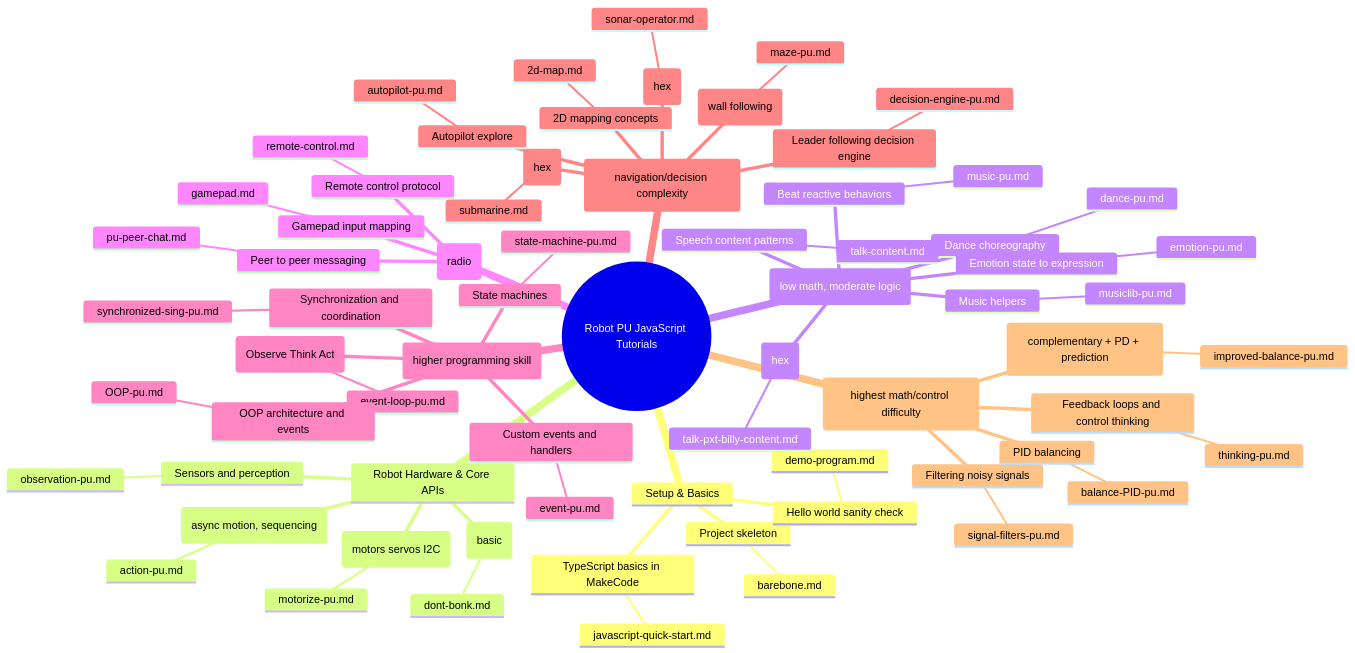
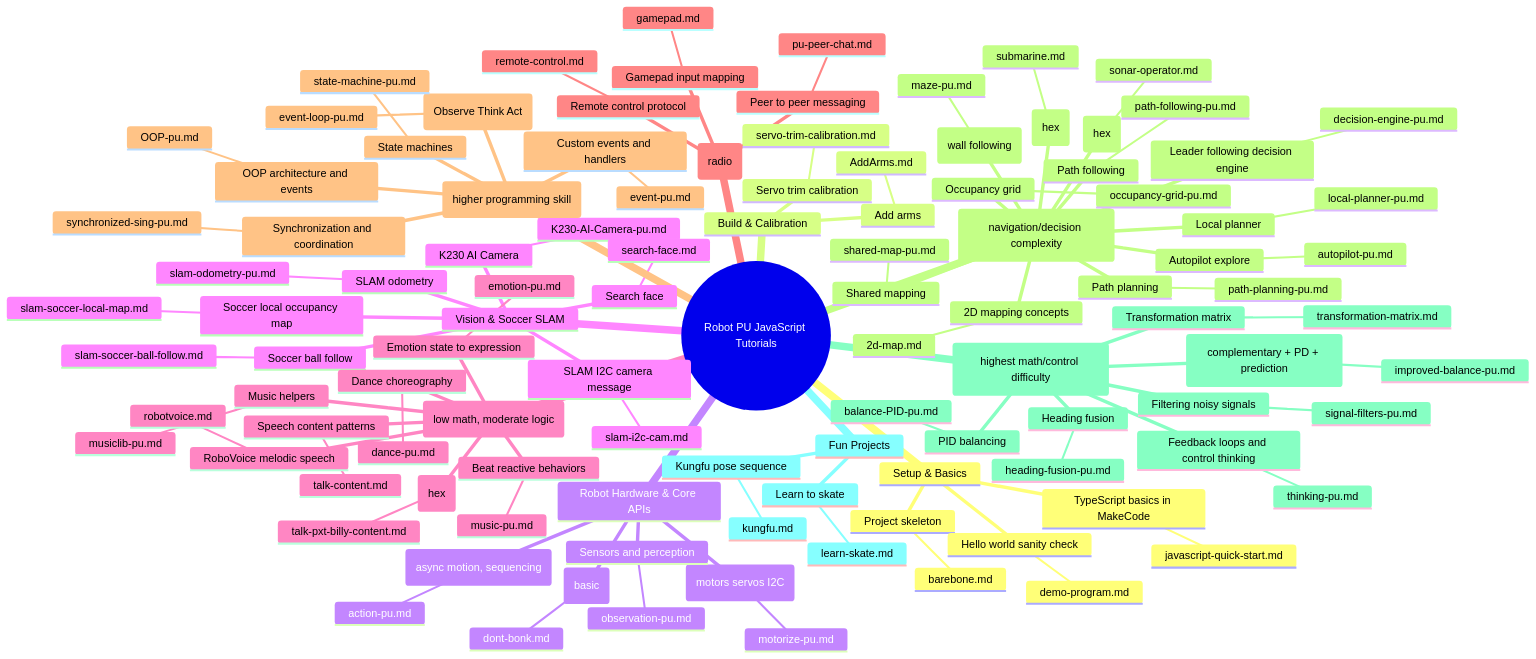
The diagram in tutorials/JavaScripts/mindmap.mmd (robotgyms/pxt-robotpu), drawn with Mermaid before and after one commit. The commit also changed 1 other file, not shown here.

```diff
--- a/tutorials/JavaScripts/mindmap.mmd
+++ b/tutorials/JavaScripts/mindmap.mmd
@@ -1,71 +1,110 @@
 mindmap
   root((Robot PU JavaScript Tutorials))
     Setup & Basics
       Project skeleton
         barebone.md
       Hello world sanity check
         demo-program.md
       TypeScript basics in MakeCode
         javascript-quick-start.md
+    Build & Calibration
+      Add arms
+        AddArms.md
+      Servo trim calibration
+        servo-trim-calibration.md
     Robot Hardware & Core APIs
       How PU moves (motors servos I2C)
         motorize-pu.md
       Action APIs (async motion, sequencing)
         action-pu.md
       Sensors and perception
         observation-pu.md
       Obstacle avoidance (basic)
         dont-bonk.md
+    Vision & Soccer SLAM
+      K230 AI Camera
+        K230-AI-Camera-pu.md
+      Search face
+        search-face.md
+      SLAM I2C camera message
+        slam-i2c-cam.md
+      SLAM odometry
+        slam-odometry-pu.md
+      Soccer ball follow
+        slam-soccer-ball-follow.md
+      Soccer local occupancy map
+        slam-soccer-local-map.md
     Music and Expression (low math, moderate logic)
       Beat reactive behaviors
         music-pu.md
       Music helpers
         musiclib-pu.md
       Dance choreography
         dance-pu.md
       Emotion state to expression
         emotion-pu.md
+      RoboVoice melodic speech
+        robotvoice.md
       Speech content patterns
         talk-content.md
       Speech content example (hex)
         talk-pxt-billy-content.md
     Communication & Control (radio)
       Remote control protocol
         remote-control.md
       Gamepad input mapping
         gamepad.md
       Peer to peer messaging
         pu-peer-chat.md
     Programming Structure (higher programming skill)
       Event loop (Observe Think Act)
         event-loop-pu.md
       Custom events and handlers
         event-pu.md
       State machines
         state-machine-pu.md
       OOP architecture and events
         OOP-pu.md
       Synchronization and coordination
         synchronized-sing-pu.md
     Algorithms (navigation/decision complexity)
       Maze solving (wall following)
         maze-pu.md
       Autopilot explore
         autopilot-pu.md
       Leader following decision engine
         decision-engine-pu.md
       Operator style sonar project (hex)
         sonar-operator.md
       Full project submarine sonar (hex)
         submarine.md
       2D mapping concepts
         2d-map.md
+      Occupancy grid
+        occupancy-grid-pu.md
+      Shared mapping
+        shared-map-pu.md
+      Path planning
+        path-planning-pu.md
+      Path following
+        path-following-pu.md
+      Local planner
+        local-planner-pu.md
     Control & Math (highest math/control difficulty)
+      Transformation matrix
+        transformation-matrix.md
       Feedback loops and control thinking
         thinking-pu.md
       Filtering noisy signals
         signal-filters-pu.md
+      Heading fusion
+        heading-fusion-pu.md
       PID balancing
         balance-PID-pu.md
       Advanced balance (complementary + PD + prediction)
         improved-balance-pu.md
+    Fun Projects
+      Kungfu pose sequence
+        kungfu.md
+      Learn to skate
+        learn-skate.md
```
